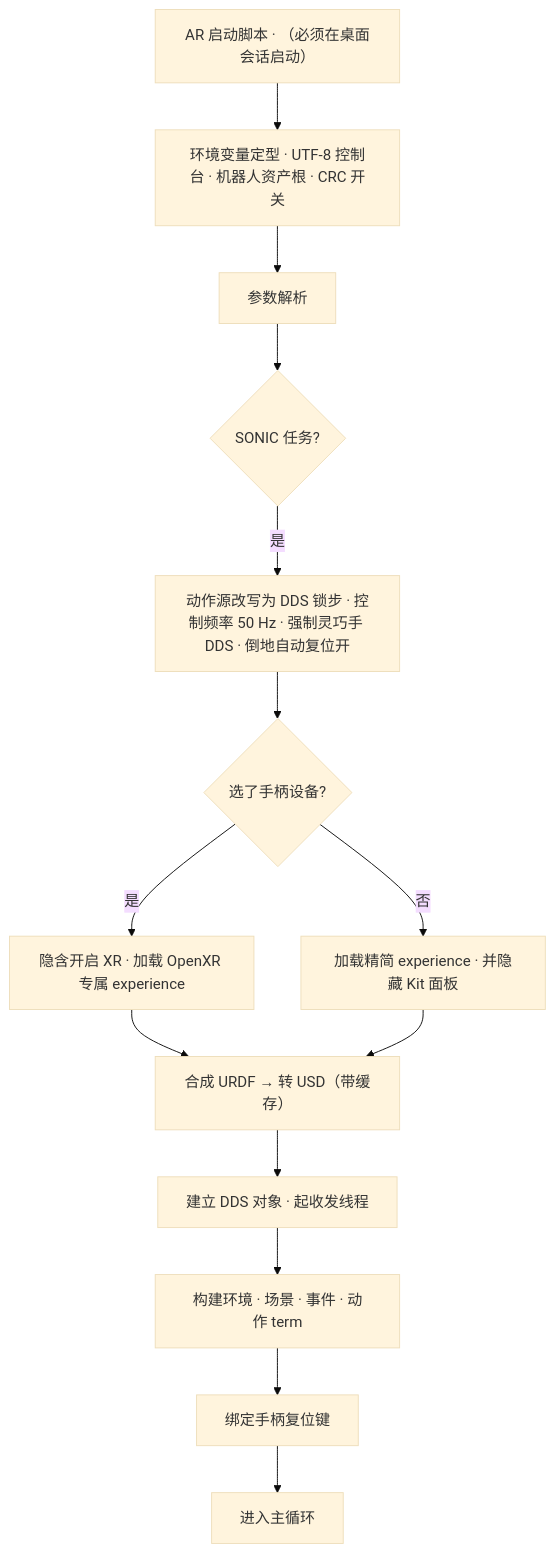
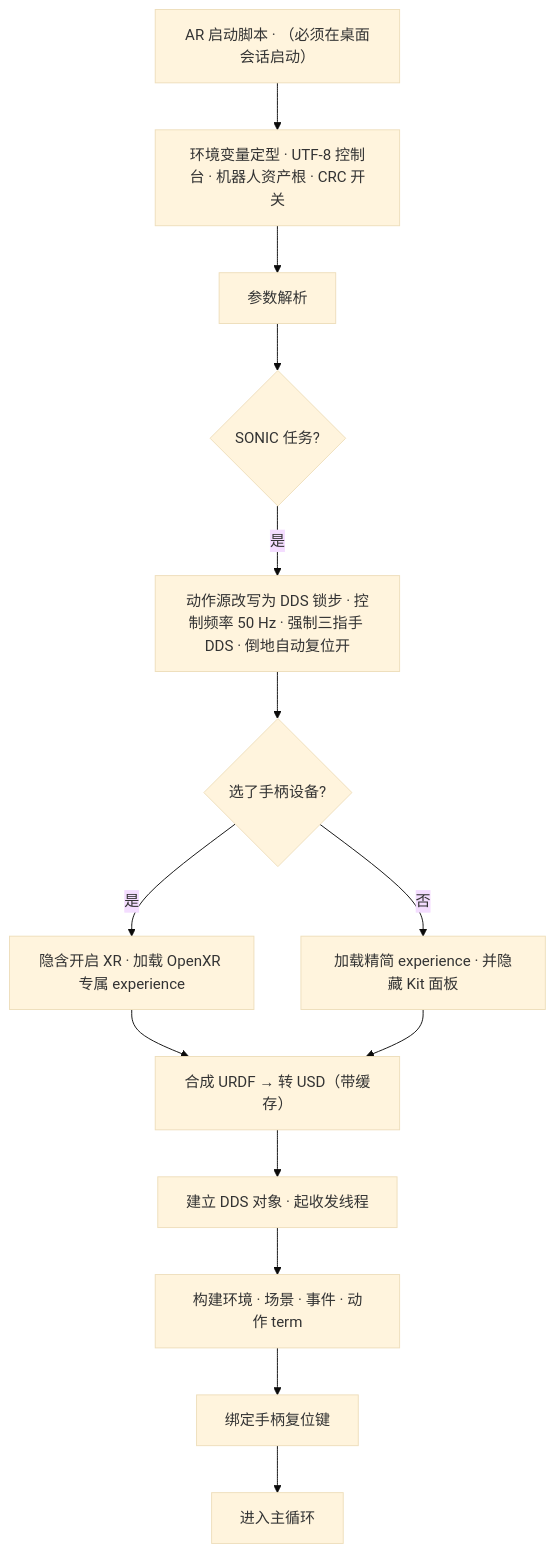
One commit to xiaoyang00001/unitree_sim_isaaclab changed the second of 6 diagrams in doc/ar_conveyor_runtime_zh.md. Above: the diagram before and after it, drawn with Mermaid (base theme). The commit also changed other lines of this file, not shown here.

````diff
--- a/doc/ar_conveyor_runtime_zh.md
+++ b/doc/ar_conveyor_runtime_zh.md
@@ -72,16 +72,16 @@
 ```mermaid
 flowchart TB
   BAT["AR 启动脚本 · （必须在桌面会话启动）"] --> ENV["环境变量定型 · UTF-8 控制台 · 机器人资产根 · CRC 开关"]
   ENV --> ARGS["参数解析"]
   ARGS --> SW1{"SONIC 任务?"}
-  SW1 -- 是 --> D1["动作源改写为 DDS 锁步 · 控制频率 50 Hz · 强制灵巧手 DDS · 倒地自动复位开"]
+  SW1 -- 是 --> D1["动作源改写为 DDS 锁步 · 控制频率 50 Hz · 强制三指手 DDS · 倒地自动复位开"]
   D1 --> SW2{"选了手柄设备?"}
   SW2 -- 是 --> D2["隐含开启 XR · 加载 OpenXR 专属 experience"]
   SW2 -- 否 --> D3["加载精简 experience · 并隐藏 Kit 面板"]
   D2 --> URDF["合成 URDF → 转 USD（带缓存）"]
   D3 --> URDF
   URDF --> DDSOBJ["建立 DDS 对象 · 起收发线程"]
   DDSOBJ --> MAKE["构建环境 · 场景 · 事件 · 动作 term"]
   MAKE --> BIND["绑定手柄复位键"]
   BIND --> LOOP["进入主循环"]
 ```
````
